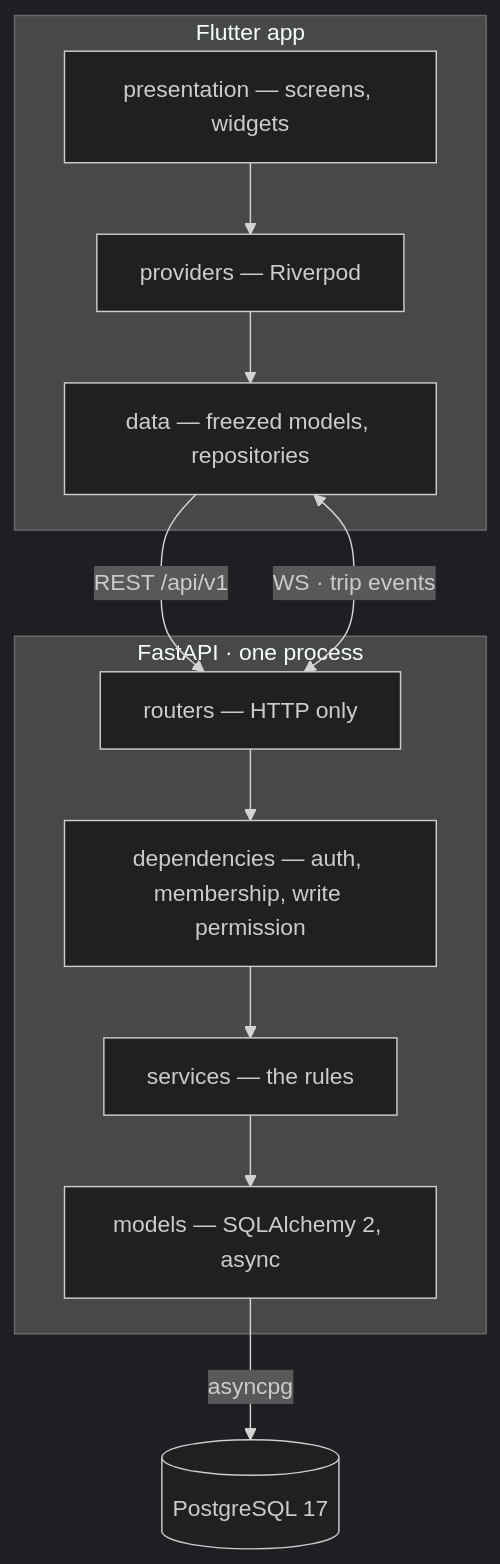
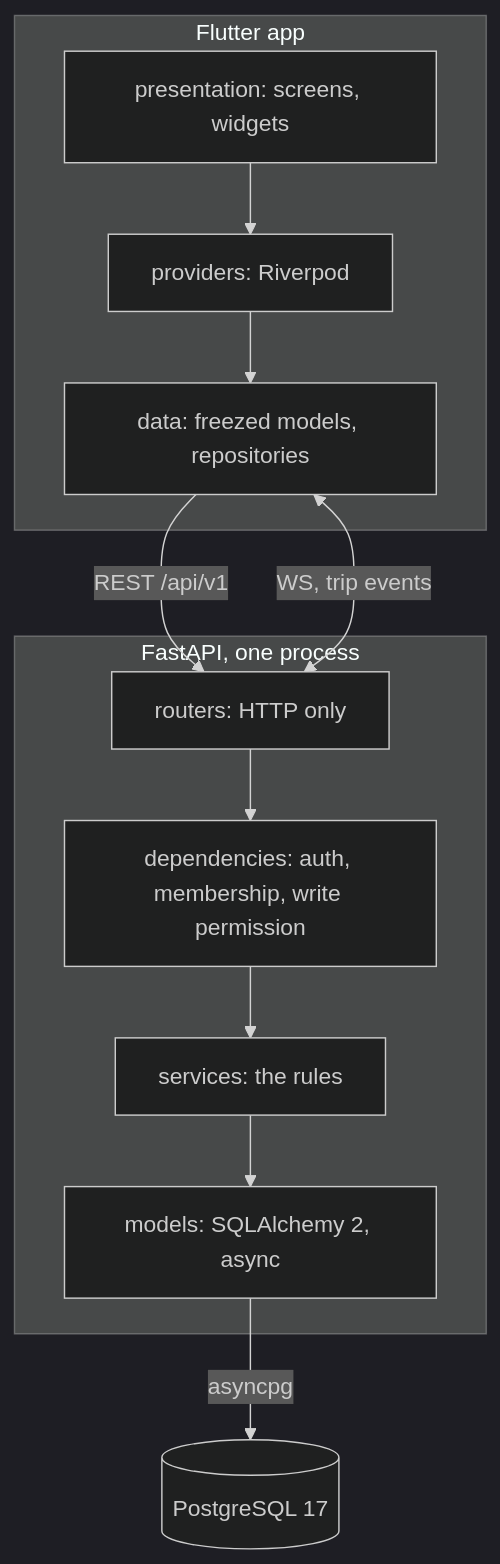
The diagram in README.md (ghiacciolodev/ToDoTrip), drawn with Mermaid (dark theme) before and after one commit. The commit also changed other lines of this file, not shown here.

````diff
--- a/README.md
+++ b/README.md
@@ -61,26 +65,26 @@
 ```mermaid
 flowchart TD
     subgraph app["Flutter app"]
-        p["presentation — screens, widgets"]
-        st["providers — Riverpod"]
-        da["data — freezed models, repositories"]
+        p["presentation: screens, widgets"]
+        st["providers: Riverpod"]
+        da["data: freezed models, repositories"]
         p --> st
         st --> da
     end
 
-    subgraph api["FastAPI · one process"]
-        rt["routers — HTTP only"]
-        dp["dependencies — auth, membership, write permission"]
-        sv["services — the rules"]
-        md["models — SQLAlchemy 2, async"]
+    subgraph api["FastAPI, one process"]
+        rt["routers: HTTP only"]
+        dp["dependencies: auth, membership, write permission"]
+        sv["services: the rules"]
+        md["models: SQLAlchemy 2, async"]
         rt --> dp
         dp --> sv
         sv --> md
     end
 
     db[("PostgreSQL 17")]
 
     da -->|"REST /api/v1"| rt
-    da <-->|"WS · trip events"| rt
+    da <-->|"WS, trip events"| rt
     md -->|asyncpg| db
 ```
````
